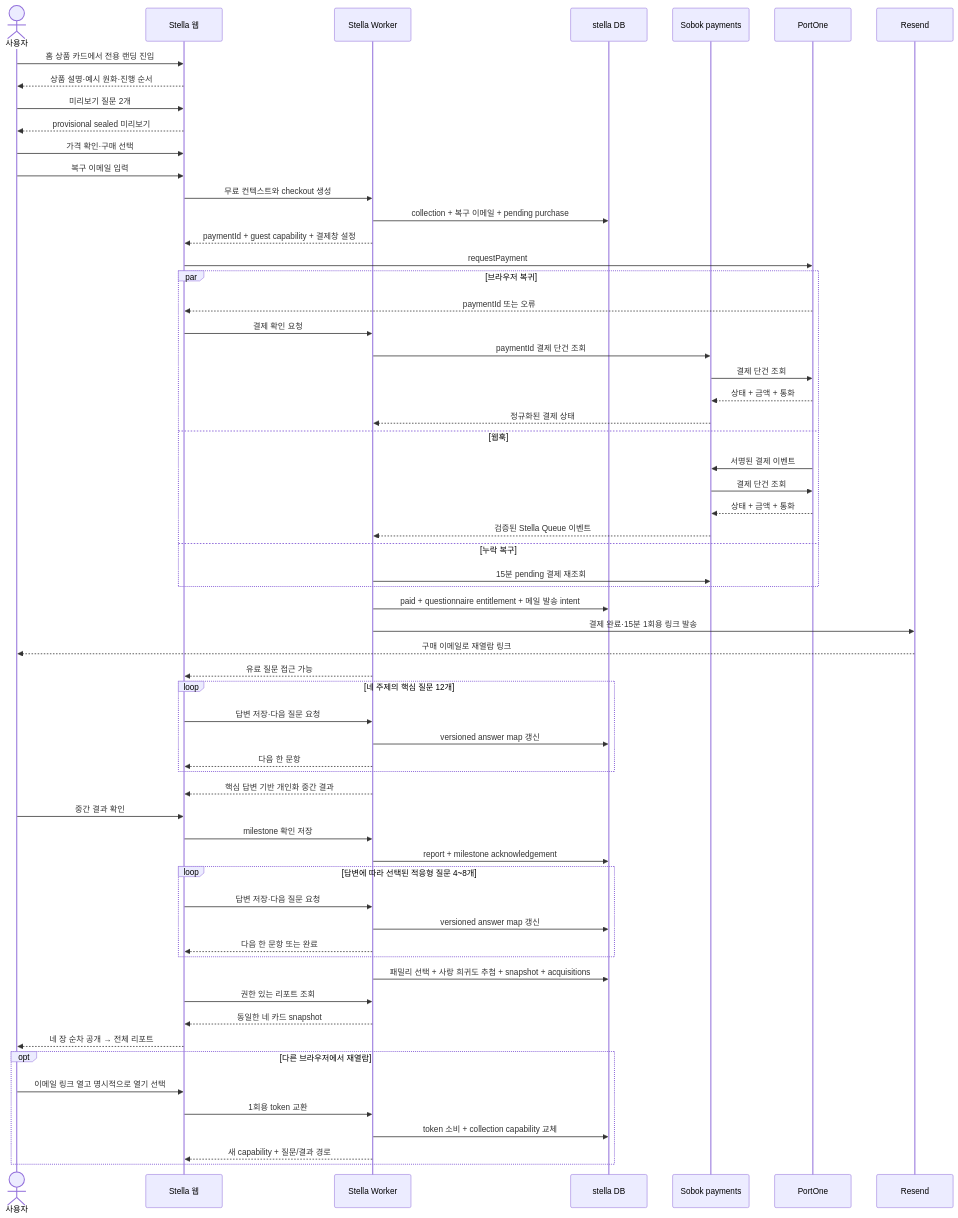
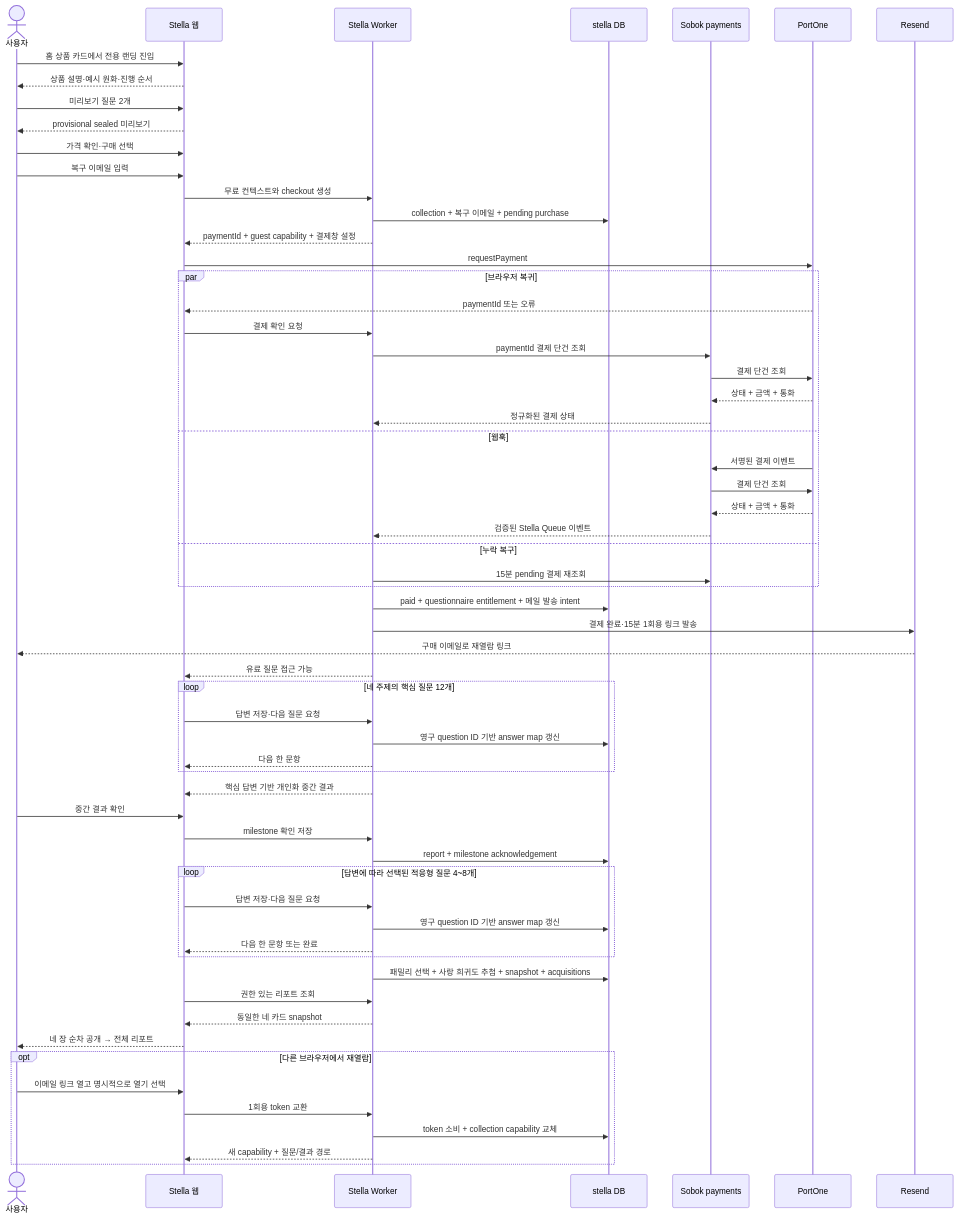
Before and after one commit to sobok2026/sobok: the diagram in apps/stella/design/zodiac-guardians/korea-paid-report-vertical-slice.md, drawn with Mermaid. The commit also changed other lines of this file and 23 other files, not shown here.

````diff
--- a/apps/stella/design/zodiac-guardians/korea-paid-report-vertical-slice.md
+++ b/apps/stella/design/zodiac-guardians/korea-paid-report-vertical-slice.md
@@ -109,67 +109,67 @@
 ```mermaid
 sequenceDiagram
   actor U as 사용자
   participant B as Stella 웹
   participant W as Stella Worker
   participant D as stella DB
   participant X as Sobok payments
   participant P as PortOne
   participant M as Resend
 
   U->>B: 홈 상품 카드에서 전용 랜딩 진입
   B-->>U: 상품 설명·예시 원화·진행 순서
   U->>B: 미리보기 질문 2개
   B-->>U: provisional sealed 미리보기
   U->>B: 가격 확인·구매 선택
   U->>B: 복구 이메일 입력
   B->>W: 무료 컨텍스트와 checkout 생성
   W->>D: collection + 복구 이메일 + pending purchase
   W-->>B: paymentId + guest capability + 결제창 설정
   B->>P: requestPayment
 
   par 브라우저 복귀
     P-->>B: paymentId 또는 오류
     B->>W: 결제 확인 요청
     W->>X: paymentId 결제 단건 조회
     X->>P: 결제 단건 조회
     P-->>X: 상태 + 금액 + 통화
     X-->>W: 정규화된 결제 상태
   and 웹훅
     P->>X: 서명된 결제 이벤트
     X->>P: 결제 단건 조회
     P-->>X: 상태 + 금액 + 통화
     X-->>W: 검증된 Stella Queue 이벤트
   and 누락 복구
     W->>X: 15분 pending 결제 재조회
   end
 
   W->>D: paid + questionnaire entitlement + 메일 발송 intent
   W->>M: 결제 완료·15분 1회용 링크 발송
   M-->>U: 구매 이메일로 재열람 링크
   W-->>B: 유료 질문 접근 가능
   loop 네 주제의 핵심 질문 12개
     B->>W: 답변 저장·다음 질문 요청
-    W->>D: versioned answer map 갱신
+    W->>D: 영구 question ID 기반 answer map 갱신
     W-->>B: 다음 한 문항
   end
   W-->>B: 핵심 답변 기반 개인화 중간 결과
   U->>B: 중간 결과 확인
   B->>W: milestone 확인 저장
   W->>D: report + milestone acknowledgement
   loop 답변에 따라 선택된 적응형 질문 4~8개
     B->>W: 답변 저장·다음 질문 요청
-    W->>D: versioned answer map 갱신
+    W->>D: 영구 question ID 기반 answer map 갱신
     W-->>B: 다음 한 문항 또는 완료
   end
   W->>D: 패밀리 선택 + 사랑 희귀도 추첨 + snapshot + acquisitions
   B->>W: 권한 있는 리포트 조회
   W-->>B: 동일한 네 카드 snapshot
   B-->>U: 네 장 순차 공개 → 전체 리포트
 
   opt 다른 브라우저에서 재열람
     U->>B: 이메일 링크 열고 명시적으로 열기 선택
     B->>W: 1회용 token 교환
     W->>D: token 소비 + collection capability 교체
     W-->>B: 새 capability + 질문/결과 경로
   end
 ```
````
